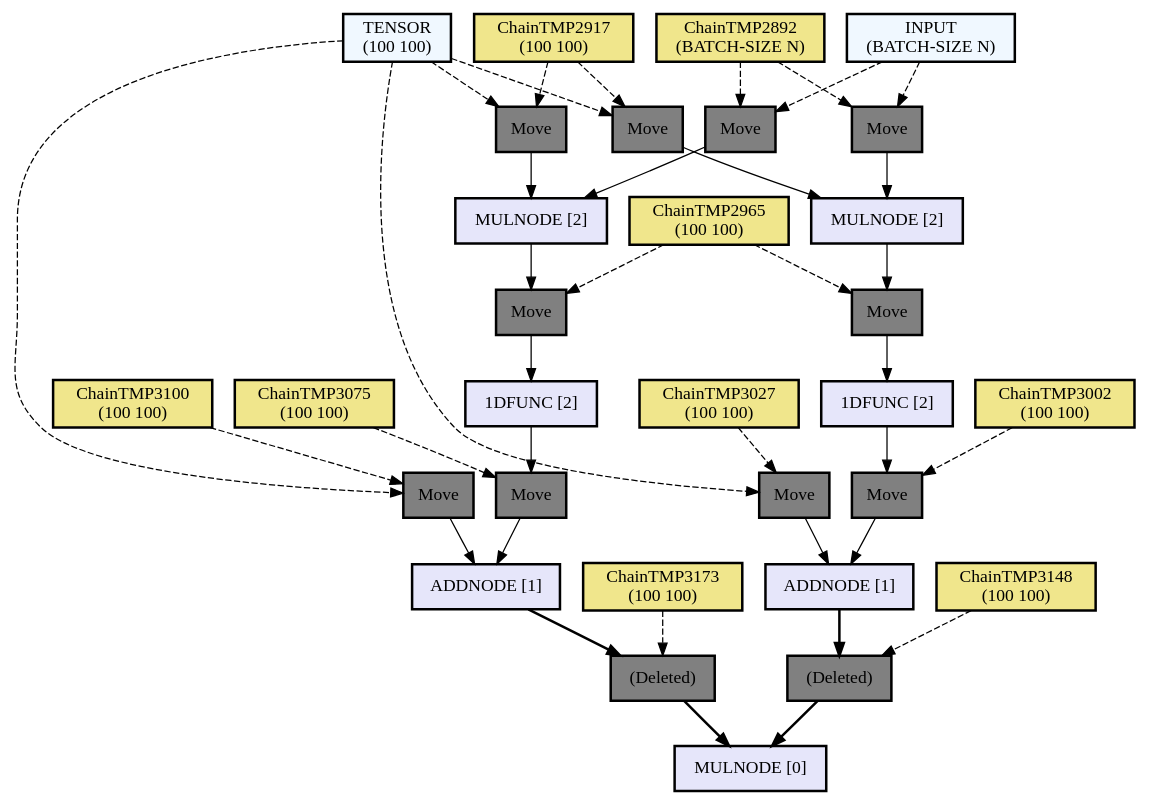
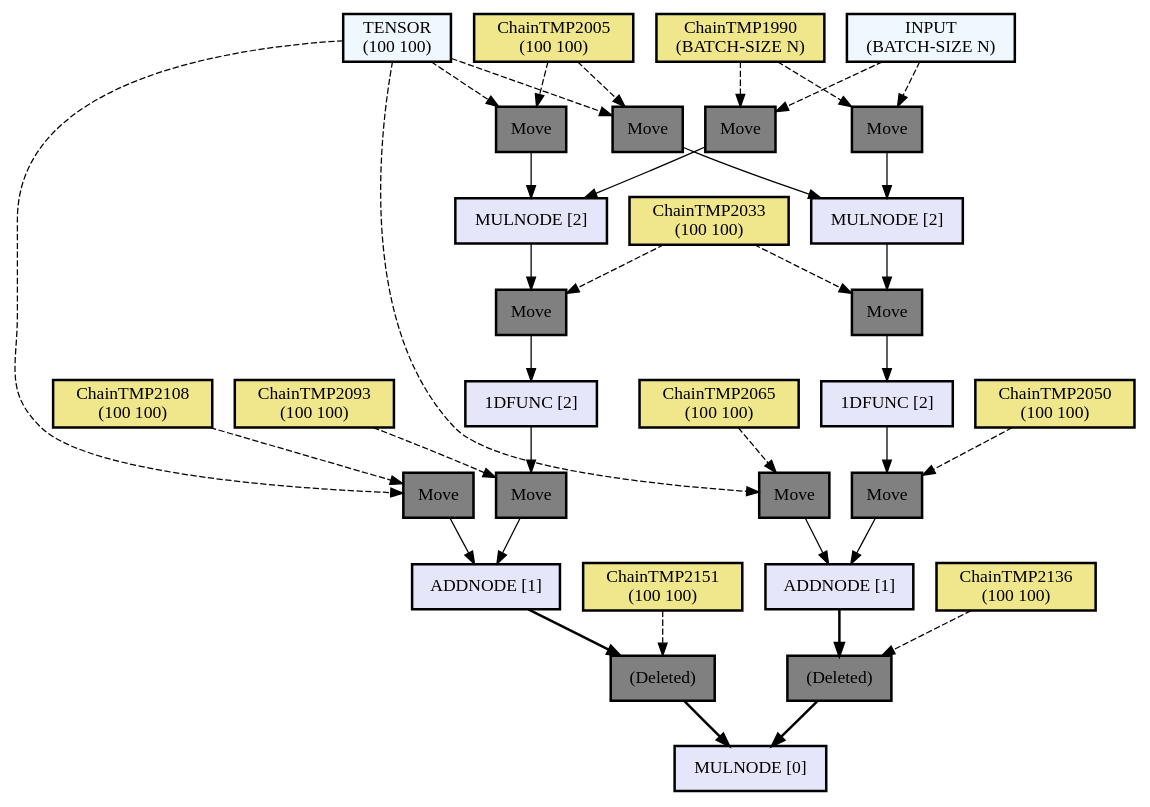
The diagram in assets/out2.dot (hikettei/cl-waffe2), drawn with Graphviz before and after one commit. The commit also changed 2 other files, not shown here.

Commit message:
Deleted: Unused eval

```diff
--- a/assets/out2.dot
+++ b/assets/out2.dot
@@ -1,94 +1,94 @@
 digraph computation_node {
   node[shape="box" style="filled" color="black" penwidth="2"];
   TENSOR [label = "TENSOR
 (100 100)" fillcolor="#f0f8ff" style="filled, solid"];
-  ChainTMP3100 [label = "ChainTMP3100
+  ChainTMP2108 [label = "ChainTMP2108
 (100 100)" fillcolor="#f0e68c" style="filled, solid"];
-  NODE3392 [label = "Move" fillcolor="gray" style="filled, solid"];
+  NODE2300 [label = "Move" fillcolor="gray" style="filled, solid"];
   TENSOR [label = "TENSOR
 (100 100)" fillcolor="#f0f8ff" style="filled, solid"];
-  ChainTMP2917 [label = "ChainTMP2917
+  ChainTMP2005 [label = "ChainTMP2005
 (100 100)" fillcolor="#f0e68c" style="filled, solid"];
-  NODE3389 [label = "Move" fillcolor="gray" style="filled, solid"];
+  NODE2297 [label = "Move" fillcolor="gray" style="filled, solid"];
   INPUT [label = "INPUT
 (BATCH-SIZE N)" fillcolor="#f0f8ff" style="filled, solid"];
-  ChainTMP2892 [label = "ChainTMP2892
+  ChainTMP1990 [label = "ChainTMP1990
 (BATCH-SIZE N)" fillcolor="#f0e68c" style="filled, solid"];
-  NODE3386 [label = "Move" fillcolor="gray" style="filled, solid"];
-  NODE3385 [label = "MULNODE [2]" fillcolor="#e6e6fa" style="filled, solid"];
-  ChainTMP2965 [label = "ChainTMP2965
+  NODE2294 [label = "Move" fillcolor="gray" style="filled, solid"];
+  NODE2293 [label = "MULNODE [2]" fillcolor="#e6e6fa" style="filled, solid"];
+  ChainTMP2033 [label = "ChainTMP2033
 (100 100)" fillcolor="#f0e68c" style="filled, solid"];
-  NODE3383 [label = "Move" fillcolor="gray" style="filled, solid"];
-  NODE3382 [label = "1DFUNC [2]" fillcolor="#e6e6fa" style="filled, solid"];
-  ChainTMP3075 [label = "ChainTMP3075
+  NODE2291 [label = "Move" fillcolor="gray" style="filled, solid"];
+  NODE2290 [label = "1DFUNC [2]" fillcolor="#e6e6fa" style="filled, solid"];
+  ChainTMP2093 [label = "ChainTMP2093
 (100 100)" fillcolor="#f0e68c" style="filled, solid"];
-  NODE3380 [label = "Move" fillcolor="gray" style="filled, solid"];
-  NODE3379 [label = "ADDNODE [1]" fillcolor="#e6e6fa" style="filled, solid"];
-  ChainTMP3173 [label = "ChainTMP3173
+  NODE2288 [label = "Move" fillcolor="gray" style="filled, solid"];
+  NODE2287 [label = "ADDNODE [1]" fillcolor="#e6e6fa" style="filled, solid"];
+  ChainTMP2151 [label = "ChainTMP2151
 (100 100)" fillcolor="#f0e68c" style="filled, solid"];
-  NODE3377 [label = "(Deleted)" fillcolor="gray" style="filled, solid"];
+  NODE2285 [label = "(Deleted)" fillcolor="gray" style="filled, solid"];
   TENSOR [label = "TENSOR
 (100 100)" fillcolor="#f0f8ff" style="filled, solid"];
-  ChainTMP3027 [label = "ChainTMP3027
+  ChainTMP2065 [label = "ChainTMP2065
 (100 100)" fillcolor="#f0e68c" style="filled, solid"];
-  NODE3374 [label = "Move" fillcolor="gray" style="filled, solid"];
+  NODE2282 [label = "Move" fillcolor="gray" style="filled, solid"];
   TENSOR [label = "TENSOR
 (100 100)" fillcolor="#f0f8ff" style="filled, solid"];
-  ChainTMP2917 [label = "ChainTMP2917
+  ChainTMP2005 [label = "ChainTMP2005
 (100 100)" fillcolor="#f0e68c" style="filled, solid"];
-  NODE3371 [label = "Move" fillcolor="gray" style="filled, solid"];
+  NODE2279 [label = "Move" fillcolor="gray" style="filled, solid"];
   INPUT [label = "INPUT
 (BATCH-SIZE N)" fillcolor="#f0f8ff" style="filled, solid"];
-  ChainTMP2892 [label = "ChainTMP2892
+  ChainTMP1990 [label = "ChainTMP1990
 (BATCH-SIZE N)" fillcolor="#f0e68c" style="filled, solid"];
-  NODE3368 [label = "Move" fillcolor="gray" style="filled, solid"];
-  NODE3367 [label = "MULNODE [2]" fillcolor="#e6e6fa" style="filled, solid"];
-  ChainTMP2965 [label = "ChainTMP2965
+  NODE2276 [label = "Move" fillcolor="gray" style="filled, solid"];
+  NODE2275 [label = "MULNODE [2]" fillcolor="#e6e6fa" style="filled, solid"];
+  ChainTMP2033 [label = "ChainTMP2033
 (100 100)" fillcolor="#f0e68c" style="filled, solid"];
-  NODE3365 [label = "Move" fillcolor="gray" style="filled, solid"];
-  NODE3364 [label = "1DFUNC [2]" fillcolor="#e6e6fa" style="filled, solid"];
-  ChainTMP3002 [label = "ChainTMP3002
+  NODE2273 [label = "Move" fillcolor="gray" style="filled, solid"];
+  NODE2272 [label = "1DFUNC [2]" fillcolor="#e6e6fa" style="filled, solid"];
+  ChainTMP2050 [label = "ChainTMP2050
 (100 100)" fillcolor="#f0e68c" style="filled, solid"];
-  NODE3362 [label = "Move" fillcolor="gray" style="filled, solid"];
-  NODE3361 [label = "ADDNODE [1]" fillcolor="#e6e6fa" style="filled, solid"];
-  ChainTMP3148 [label = "ChainTMP3148
+  NODE2270 [label = "Move" fillcolor="gray" style="filled, solid"];
+  NODE2269 [label = "ADDNODE [1]" fillcolor="#e6e6fa" style="filled, solid"];
+  ChainTMP2136 [label = "ChainTMP2136
 (100 100)" fillcolor="#f0e68c" style="filled, solid"];
-  NODE3359 [label = "(Deleted)" fillcolor="gray" style="filled, solid"];
-  NODE3358 [label = "MULNODE [0]" fillcolor="#e6e6fa" style="filled, solid"];
-  NODE3359 -> NODE3358[penwidth="2"];
-  ChainTMP3148 -> NODE3359[style="dashed"];
-  NODE3361 -> NODE3359[penwidth="2"];
-  NODE3362 -> NODE3361[weight=10];
-  ChainTMP3002 -> NODE3362[style="dashed"];
-  NODE3364 -> NODE3362[weight=10];
-  NODE3365 -> NODE3364[weight=10];
-  ChainTMP2965 -> NODE3365[style="dashed"];
-  NODE3367 -> NODE3365[weight=10];
-  NODE3368 -> NODE3367[weight=10];
-  ChainTMP2892 -> NODE3368[style="dashed"];
-  INPUT -> NODE3368[style="dashed"];
-  NODE3371 -> NODE3367[weight=10];
-  ChainTMP2917 -> NODE3371[style="dashed"];
-  TENSOR -> NODE3371[style="dashed"];
-  NODE3374 -> NODE3361[weight=10];
-  ChainTMP3027 -> NODE3374[style="dashed"];
-  TENSOR -> NODE3374[style="dashed"];
-  NODE3377 -> NODE3358[penwidth="2"];
-  ChainTMP3173 -> NODE3377[style="dashed"];
-  NODE3379 -> NODE3377[penwidth="2"];
-  NODE3380 -> NODE3379[weight=10];
-  ChainTMP3075 -> NODE3380[style="dashed"];
-  NODE3382 -> NODE3380[weight=10];
-  NODE3383 -> NODE3382[weight=10];
-  ChainTMP2965 -> NODE3383[style="dashed"];
-  NODE3385 -> NODE3383[weight=10];
-  NODE3386 -> NODE3385[weight=10];
-  ChainTMP2892 -> NODE3386[style="dashed"];
-  INPUT -> NODE3386[style="dashed"];
-  NODE3389 -> NODE3385[weight=10];
-  ChainTMP2917 -> NODE3389[style="dashed"];
-  TENSOR -> NODE3389[style="dashed"];
-  NODE3392 -> NODE3379[weight=10];
-  ChainTMP3100 -> NODE3392[style="dashed"];
-  TENSOR -> NODE3392[style="dashed"];
+  NODE2267 [label = "(Deleted)" fillcolor="gray" style="filled, solid"];
+  NODE2266 [label = "MULNODE [0]" fillcolor="#e6e6fa" style="filled, solid"];
+  NODE2267 -> NODE2266[penwidth="2"];
+  ChainTMP2136 -> NODE2267[style="dashed"];
+  NODE2269 -> NODE2267[penwidth="2"];
+  NODE2270 -> NODE2269[weight=10];
+  ChainTMP2050 -> NODE2270[style="dashed"];
+  NODE2272 -> NODE2270[weight=10];
+  NODE2273 -> NODE2272[weight=10];
+  ChainTMP2033 -> NODE2273[style="dashed"];
+  NODE2275 -> NODE2273[weight=10];
+  NODE2276 -> NODE2275[weight=10];
+  ChainTMP1990 -> NODE2276[style="dashed"];
+  INPUT -> NODE2276[style="dashed"];
+  NODE2279 -> NODE2275[weight=10];
+  ChainTMP2005 -> NODE2279[style="dashed"];
+  TENSOR -> NODE2279[style="dashed"];
+  NODE2282 -> NODE2269[weight=10];
+  ChainTMP2065 -> NODE2282[style="dashed"];
+  TENSOR -> NODE2282[style="dashed"];
+  NODE2285 -> NODE2266[penwidth="2"];
+  ChainTMP2151 -> NODE2285[style="dashed"];
+  NODE2287 -> NODE2285[penwidth="2"];
+  NODE2288 -> NODE2287[weight=10];
+  ChainTMP2093 -> NODE2288[style="dashed"];
+  NODE2290 -> NODE2288[weight=10];
+  NODE2291 -> NODE2290[weight=10];
+  ChainTMP2033 -> NODE2291[style="dashed"];
+  NODE2293 -> NODE2291[weight=10];
+  NODE2294 -> NODE2293[weight=10];
+  ChainTMP1990 -> NODE2294[style="dashed"];
+  INPUT -> NODE2294[style="dashed"];
+  NODE2297 -> NODE2293[weight=10];
+  ChainTMP2005 -> NODE2297[style="dashed"];
+  TENSOR -> NODE2297[style="dashed"];
+  NODE2300 -> NODE2287[weight=10];
+  ChainTMP2108 -> NODE2300[style="dashed"];
+  TENSOR -> NODE2300[style="dashed"];
 }
```
